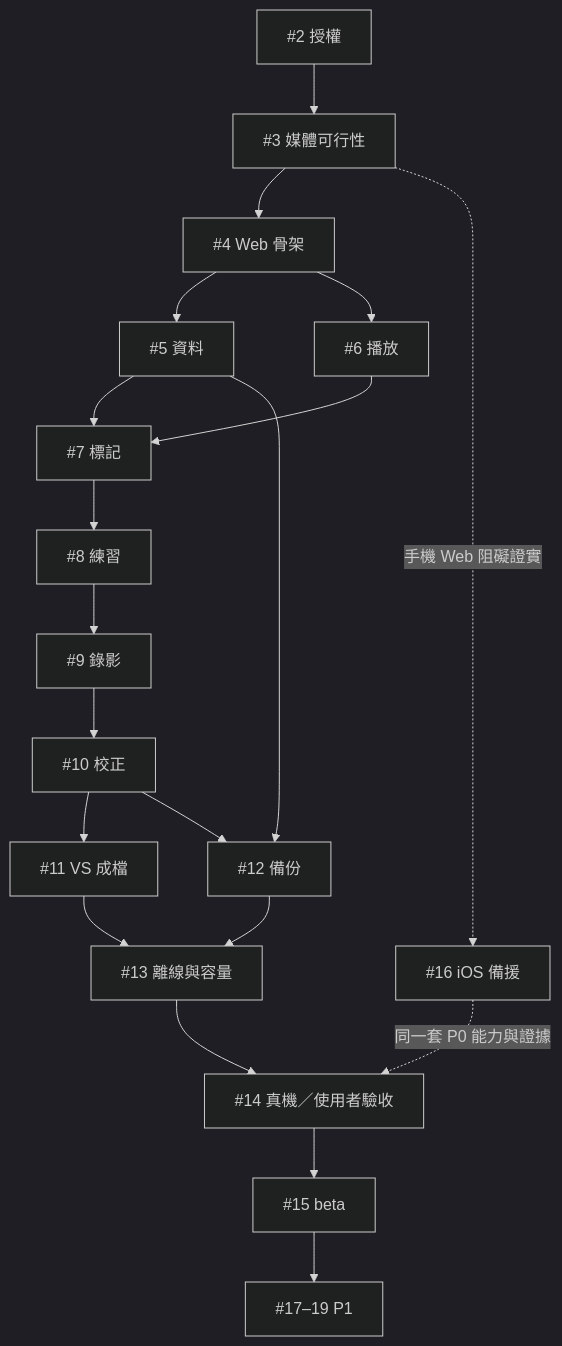
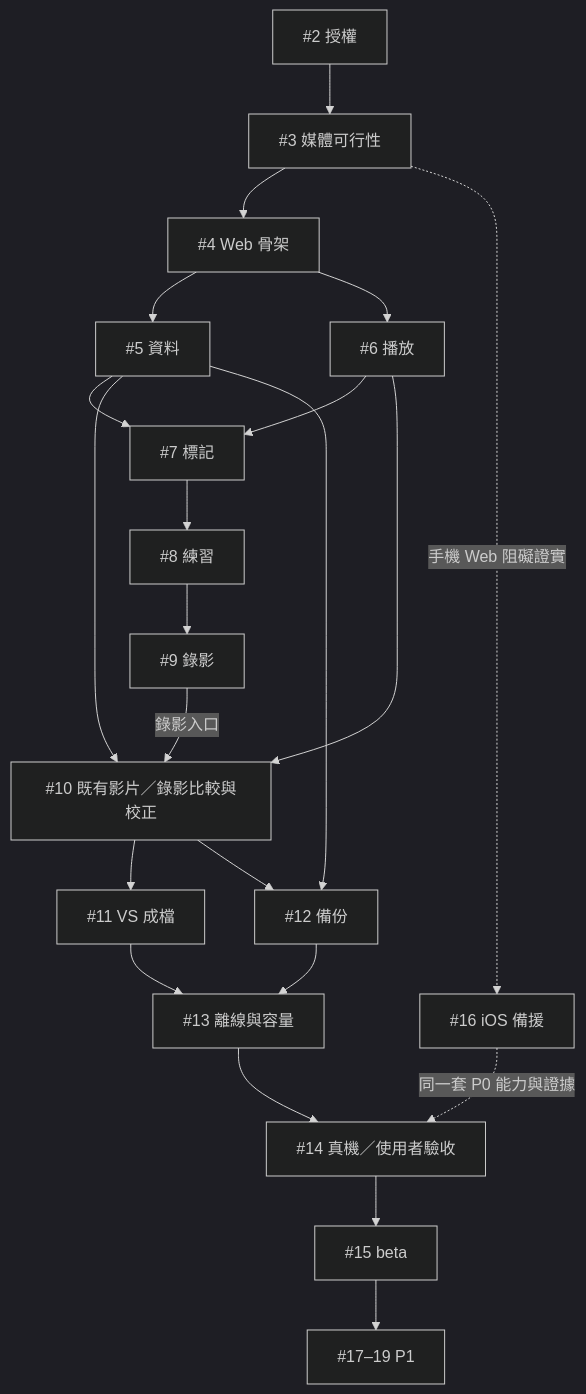
One commit to sunpochin/dance-stamp changed the diagram in docs/ROADMAP.md. Above: the diagram before and after it, drawn with Mermaid (dark theme). The commit also changed other lines of this file and 7 other files, not shown here.

````diff
--- a/docs/ROADMAP.md
+++ b/docs/ROADMAP.md
@@ -47,22 +49,24 @@
 ```mermaid
 flowchart TD
     A["#2 授權"] --> B["#3 媒體可行性"]
     B --> C["#4 Web 骨架"]
     C --> D["#5 資料"]
     C --> E["#6 播放"]
     D --> F["#7 標記"]
     E --> F
     F --> G["#8 練習"]
     G --> H["#9 錄影"]
-    H --> I["#10 校正"]
+    D --> I["#10 既有影片／錄影比較與校正"]
+    E --> I
+    H -->|錄影入口| I
     I --> J["#11 VS 成檔"]
     D --> K["#12 備份"]
     I --> K
     J --> L["#13 離線與容量"]
     K --> L
     L --> M["#14 真機／使用者驗收"]
     M --> N["#15 beta"]
     B -. "手機 Web 阻礙證實" .-> O["#16 iOS 備援"]
     O -. "同一套 P0 能力與證據" .-> M
     N --> P["#17–19 P1"]
 ```
````
